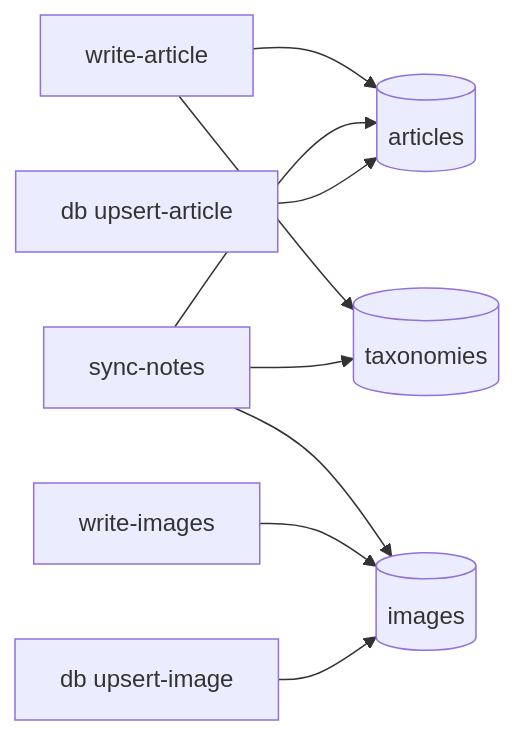
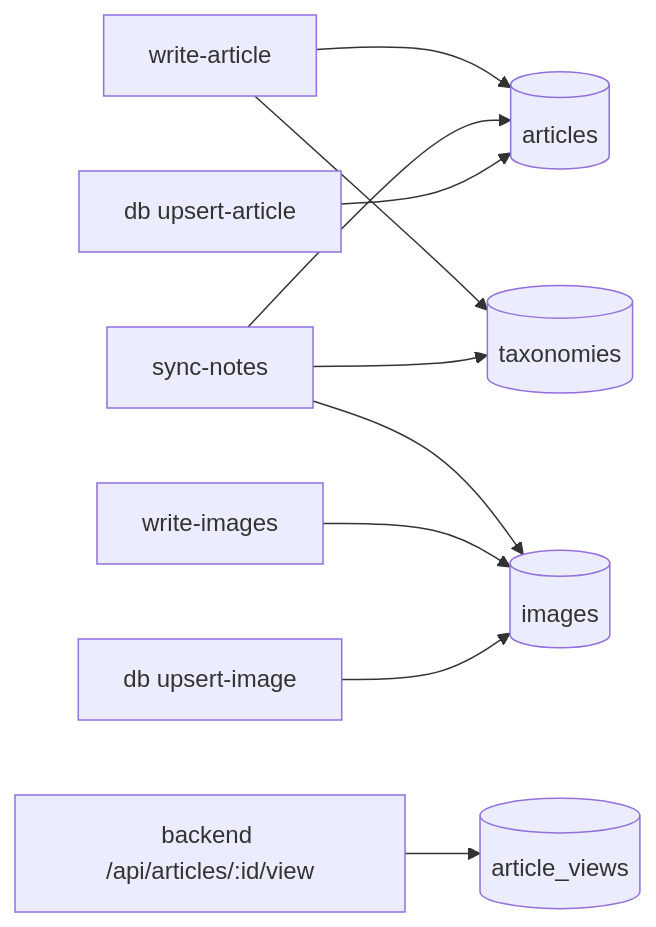
The second of 2 diagrams in docs/cli-user-guide.zh.md (acking-you/static_flow), drawn with Mermaid before and after one commit. The commit also changed other lines of this file and 28 other files, not shown here.

Commit message:
feat: add ViewTrendChart component for visualizing article view trends

````diff
--- a/docs/cli-user-guide.zh.md
+++ b/docs/cli-user-guide.zh.md
@@ -113,14 +133,16 @@
 ```mermaid
 flowchart LR
     A[write-article] --> AR[(articles)]
     A --> TX[(taxonomies)]
 
     B[sync-notes] --> AR
     B --> IM[(images)]
     B --> TX
 
     C[write-images] --> IM
 
     D[db upsert-article] --> AR
     E[db upsert-image] --> IM
+
+    F["backend /api/articles/:id/view"] --> AV[(article_views)]
 ```
````
